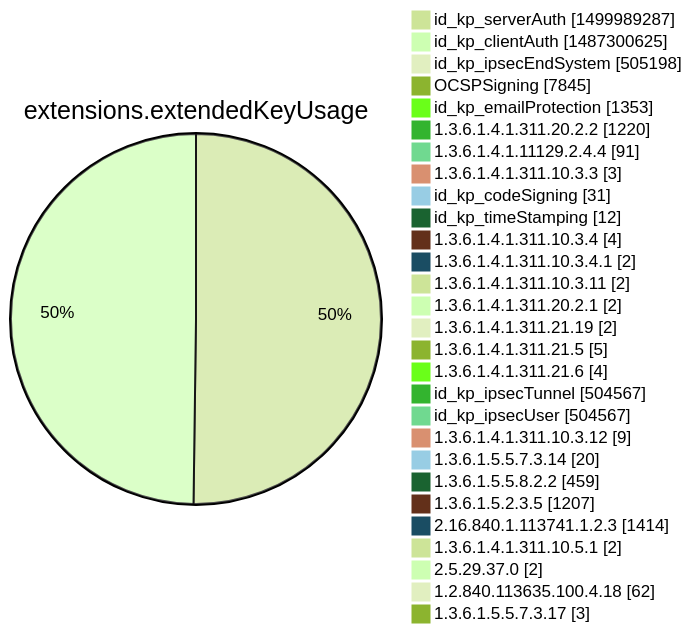
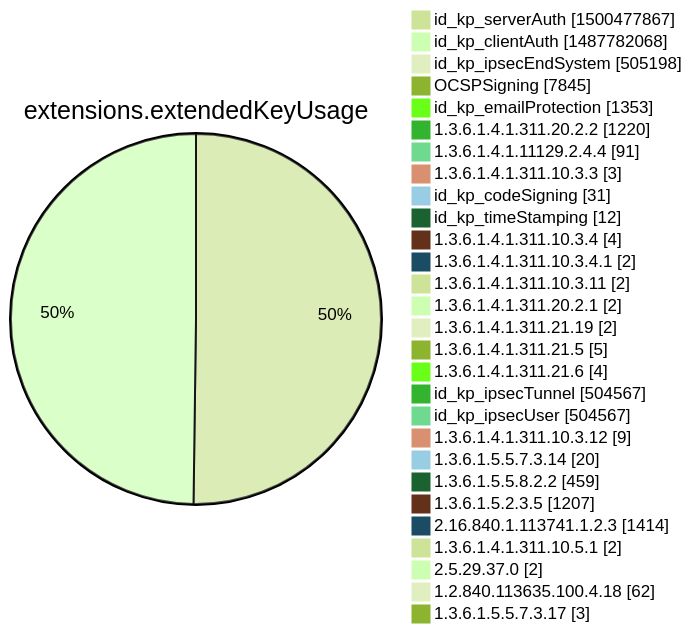
Diagram 12 of 15 in xenon2022/README.md (christiankrug/ctmonitor_visualization), drawn with Mermaid (forest theme) before and after one commit. The commit also changed other lines of this file, not shown here.

````diff
--- a/xenon2022/README.md
+++ b/xenon2022/README.md
@@ -3874,32 +3875,32 @@
 ```mermaid
 pie showData
 title extensions.extendedKeyUsage
-"id_kp_serverAuth" :1499989287
-"id_kp_clientAuth" :1487300625
+"id_kp_serverAuth" :1500477867
+"id_kp_clientAuth" :1487782068
 "id_kp_ipsecEndSystem" :505198
 "OCSPSigning" :7845
 "id_kp_emailProtection" :1353
 "1.3.6.1.4.1.311.20.2.2" :1220
 "1.3.6.1.4.1.11129.2.4.4" :91
 "1.3.6.1.4.1.311.10.3.3" :3
 "id_kp_codeSigning" :31
 "id_kp_timeStamping" :12
 "1.3.6.1.4.1.311.10.3.4" :4
 "1.3.6.1.4.1.311.10.3.4.1" :2
 "1.3.6.1.4.1.311.10.3.11" :2
 "1.3.6.1.4.1.311.20.2.1" :2
 "1.3.6.1.4.1.311.21.19" :2
 "1.3.6.1.4.1.311.21.5" :5
 "1.3.6.1.4.1.311.21.6" :4
 "id_kp_ipsecTunnel" :504567
 "id_kp_ipsecUser" :504567
 "1.3.6.1.4.1.311.10.3.12" :9
 "1.3.6.1.5.5.7.3.14" :20
 "1.3.6.1.5.5.8.2.2" :459
 "1.3.6.1.5.2.3.5" :1207
 "2.16.840.1.113741.1.2.3" :1414
 "1.3.6.1.4.1.311.10.5.1" :2
 "2.5.29.37.0" :2
 "1.2.840.113635.100.4.18" :62
 "1.3.6.1.5.5.7.3.17" :3
 ```
````
